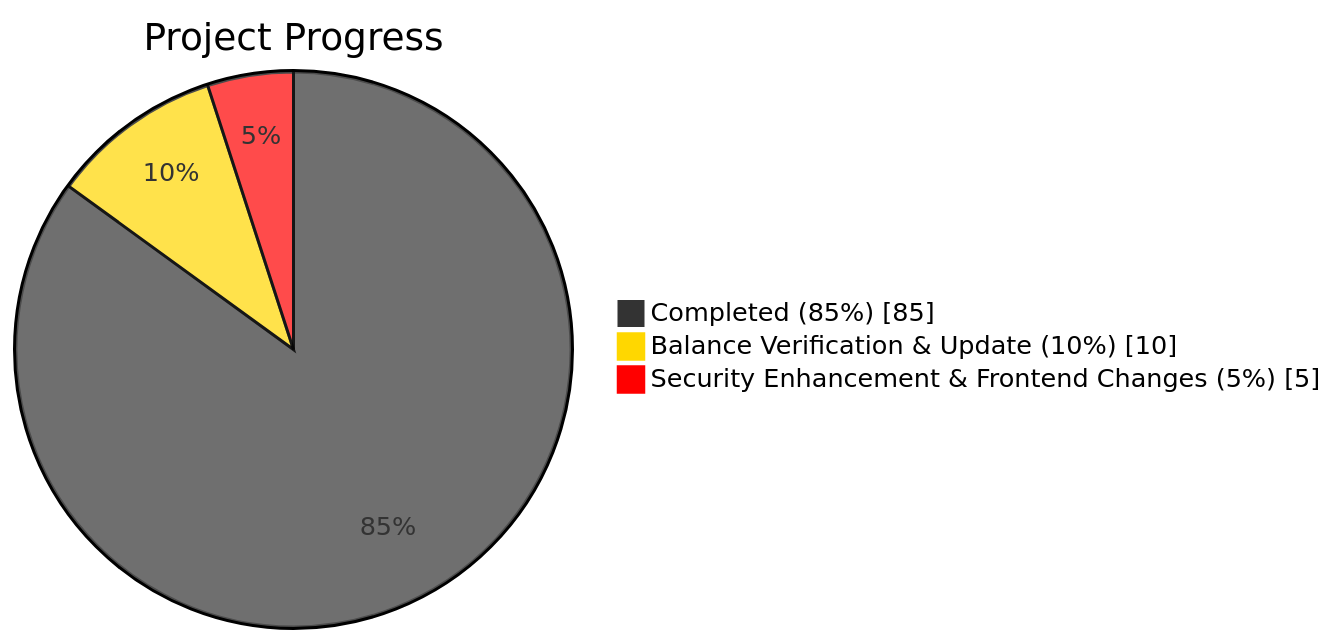
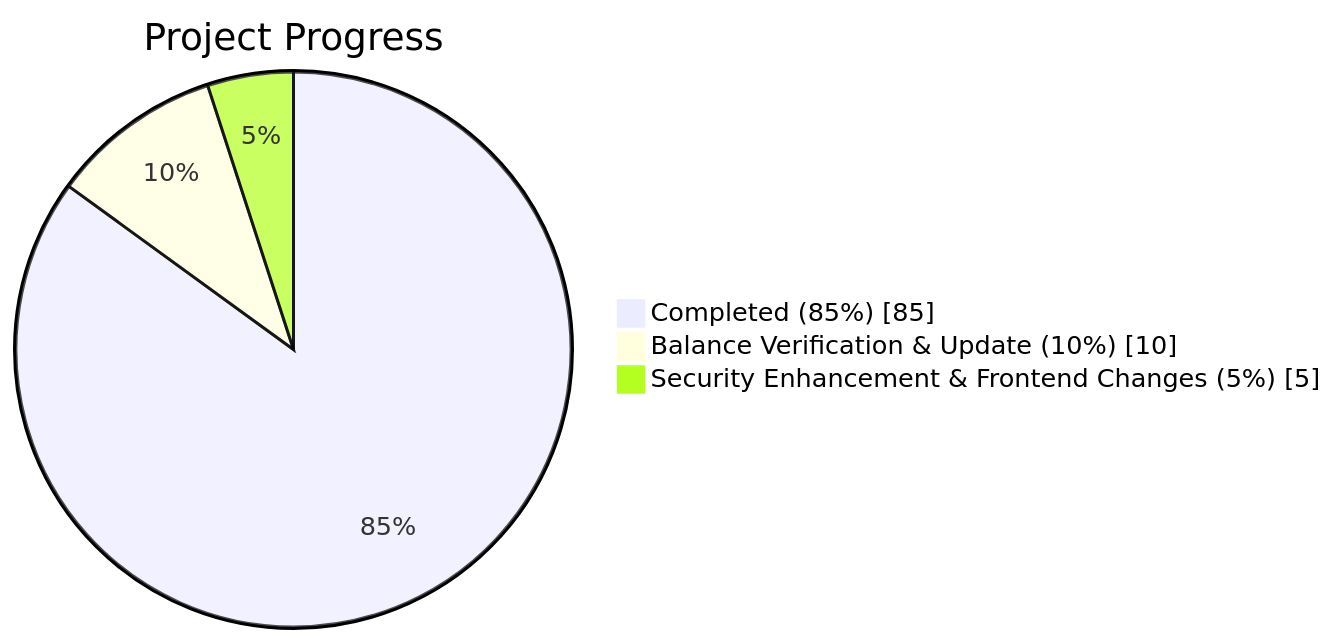
One commit to anm1234/IS-436-System-Structure-and-Analysis changed the diagram in README.md. Above: the diagram before and after it, drawn with Mermaid.

Commit message:
Change Mermaid chart theme to dark mode
Updated Mermaid chart theme and color variables.

````diff
--- a/README.md
+++ b/README.md
@@ -66,8 +66,12 @@
 ```mermaid
-%%{init: {'themeVariables': { 'pie1': '#blue', 'pie2': '#FFD700', 'pie3': '#FF0000'}}}%%
+%%{init: {'theme': 'dark', 'themeVariables': {
+    'pie1': '#FCD535',   /* Gold Yellow */
+    'pie2': '#3A9FF5',   /* Crypto Blue */
+    'pie3': '#E8503A'    /* Alert Red */
+}}}%%
 pie showData
     title Project Progress
     "Completed (85%)" : 85
     "Balance Verification & Update (10%)" : 10
     "Security Enhancement & Frontend Changes (5%)" : 5
 ```
````
